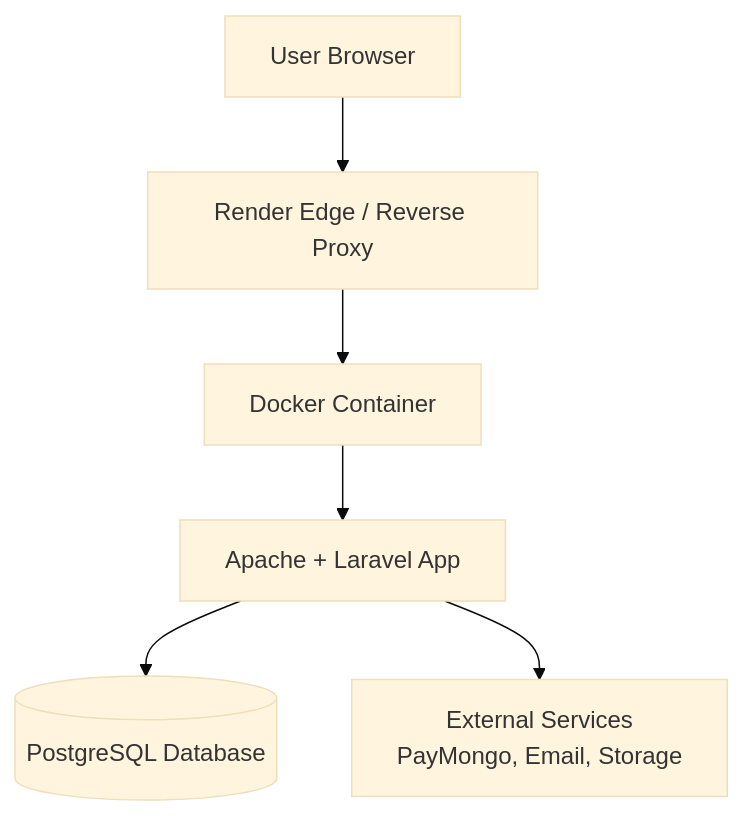
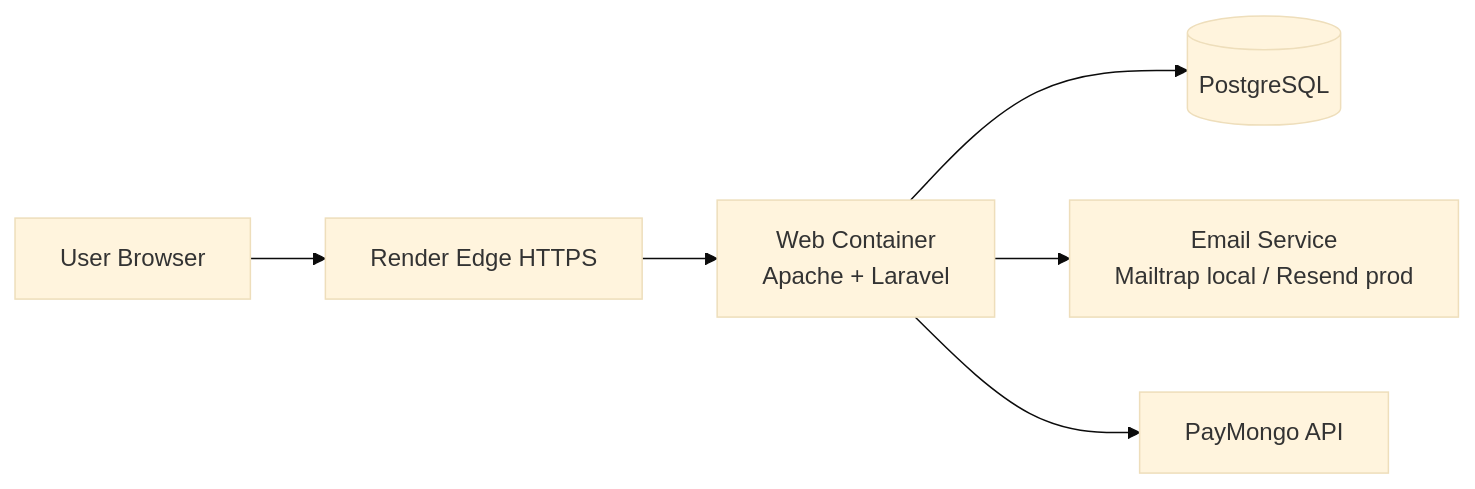
One commit to blacknegus143256/L-R-CTOMS changed the diagram in HYBRID_TOPOLOGY_SIMPLE.md. Above: the diagram before and after it, drawn with Mermaid (base theme). The commit also changed other lines of this file and 1 other file, not shown here.

````diff
--- a/HYBRID_TOPOLOGY_SIMPLE.md
+++ b/HYBRID_TOPOLOGY_SIMPLE.md
@@ -30,8 +15,8 @@
 ```mermaid
-flowchart TB
-    U[User Browser] --> R[Render Edge / Reverse Proxy]
-    R --> C[Docker Container]
-    C --> A[Apache + Laravel App]
-    A --> D[(PostgreSQL Database)]
-    A --> S[External Services\nPayMongo, Email, Storage]
+flowchart LR
+        U[User Browser] --> E[Render Edge HTTPS]
+        E --> W[Web Container\nApache + Laravel]
+        W --> DB[(PostgreSQL)]
+        W --> M[Email Service\nMailtrap local / Resend prod]
+        W --> P[PayMongo API]
 ```
````
